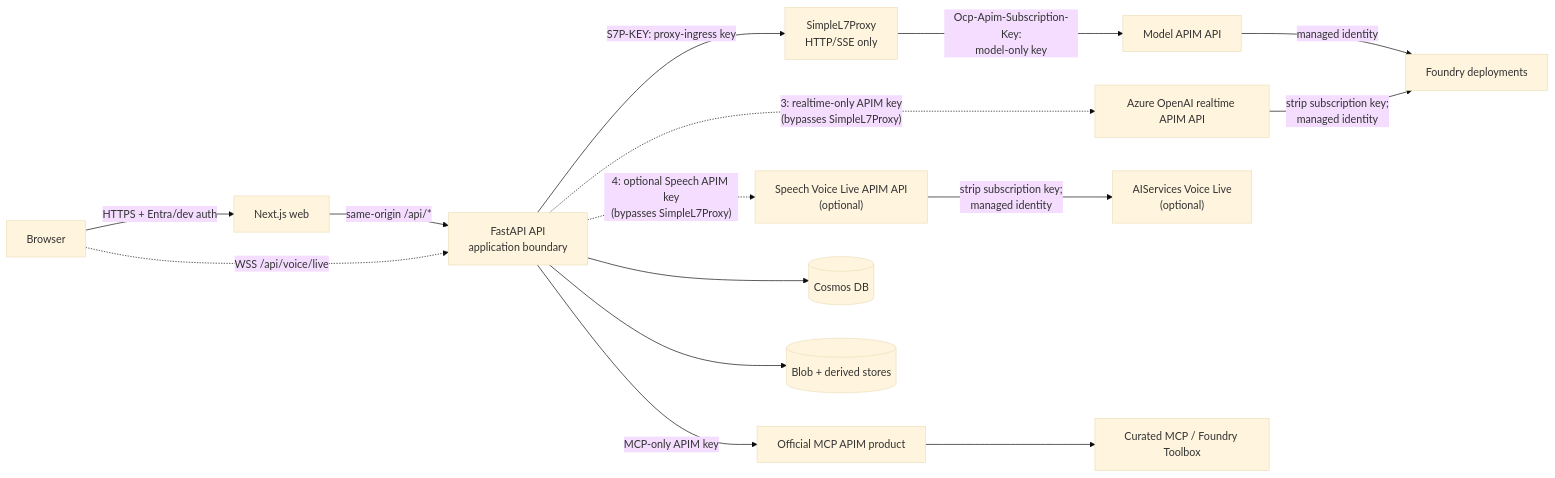
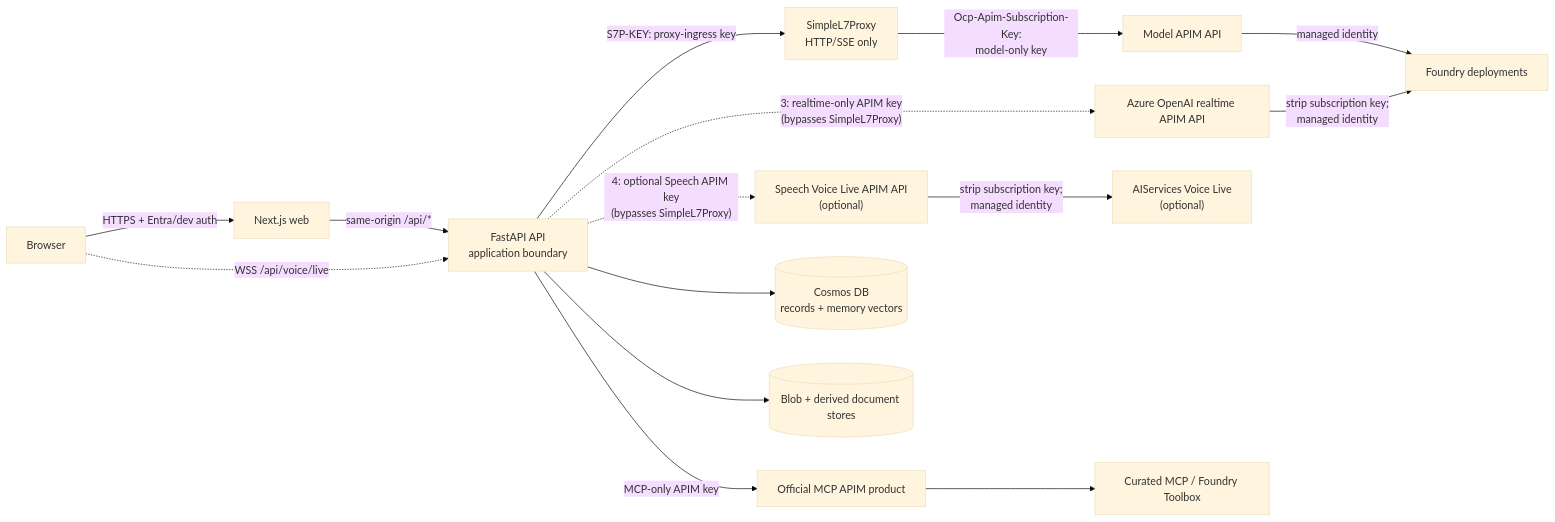
One commit to ian-t-adams/AI4IA changed the diagram in docs/architecture.md. Above: the diagram before and after it, drawn with Mermaid (base theme). The commit also changed other lines of this file and 55 other files, not shown here.

First line of the commit message:
feat(memory): make Cosmos the canonical store

````diff
--- a/docs/architecture.md
+++ b/docs/architecture.md
@@ -57,31 +57,31 @@
 ```mermaid
 flowchart LR
   B["Browser"]
   W["Next.js web"]
   A["FastAPI API<br/>application boundary"]
   P["SimpleL7Proxy<br/>HTTP/SSE only"]
   G["Model APIM API"]
   R["Azure OpenAI realtime APIM API"]
   V["Speech Voice Live APIM API<br/>(optional)"]
   M["Official MCP APIM product"]
   F["Foundry deployments"]
   S["AIServices Voice Live<br/>(optional)"]
   T["Curated MCP / Foundry Toolbox"]
-  C[("Cosmos DB")]
-  D[("Blob + derived stores")]
+  C[("Cosmos DB<br/>records + memory vectors")]
+  D[("Blob + derived document stores")]
 
   B -->|"HTTPS + Entra/dev auth"| W
   W -->|"same-origin /api/*"| A
   B -. "WSS /api/voice/live" .-> A
   A -->|"S7P-KEY: proxy-ingress key"| P
   P -->|"Ocp-Apim-Subscription-Key:<br/>model-only key"| G
   G -->|"managed identity"| F
   A -. "3: realtime-only APIM key<br/>(bypasses SimpleL7Proxy)" .-> R
   R -->|"strip subscription key;<br/>managed identity"| F
   A -. "4: optional Speech APIM key<br/>(bypasses SimpleL7Proxy)" .-> V
   V -->|"strip subscription key;<br/>managed identity"| S
   A -->|"MCP-only APIM key"| M
   M --> T
   A --> C
   A --> D
 ```
````
